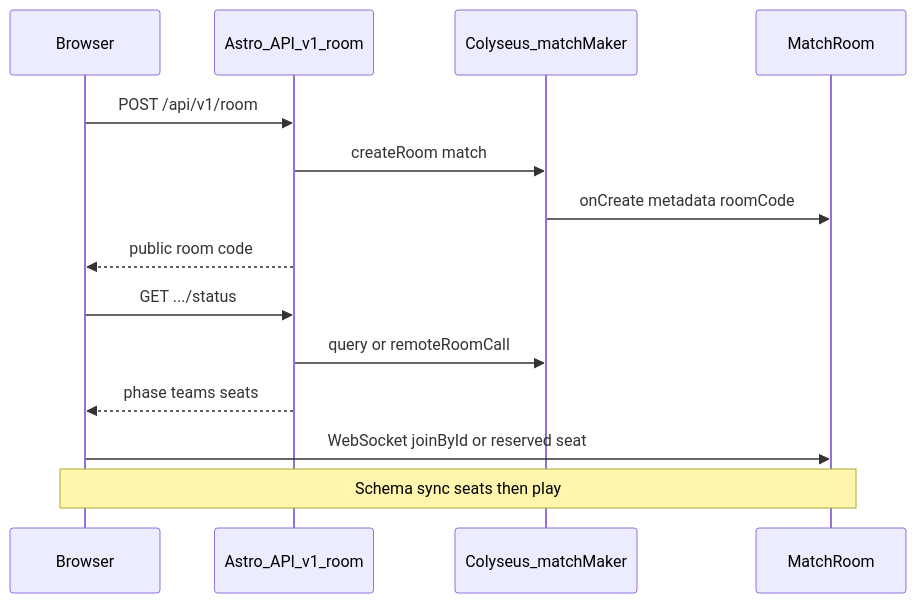
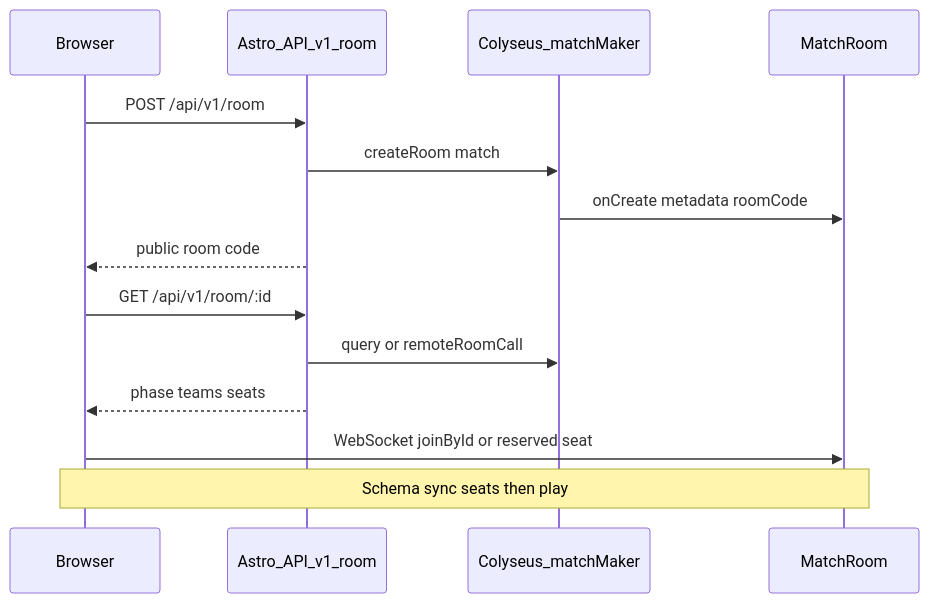
The second of 2 diagrams in specs/us-5/design.md (MaxiGarcia13/conter-strai), drawn with Mermaid before and after one commit. The commit also changed other lines of this file and 5 other files, not shown here.

Commit message:
feat: Update room management API to include snapshot retrieval and enhance endpoint structure for multiplayer lobby

````diff
--- a/specs/us-5/design.md
+++ b/specs/us-5/design.md
@@ -33,16 +33,16 @@
 ```mermaid
 sequenceDiagram
   participant Browser
   participant AstroAPI as Astro_API_v1_room
   participant MM as Colyseus_matchMaker
   participant Room as MatchRoom
   Browser->>AstroAPI: POST /api/v1/room
   AstroAPI->>MM: createRoom match
   MM->>Room: onCreate metadata roomCode
   AstroAPI-->>Browser: public room code
-  Browser->>AstroAPI: GET .../status
+  Browser->>AstroAPI: GET /api/v1/room/:id
   AstroAPI->>MM: query or remoteRoomCall
   AstroAPI-->>Browser: phase teams seats
   Browser->>Room: WebSocket joinById or reserved seat
   Note over Browser,Room: Schema sync seats then play
 ```
````
